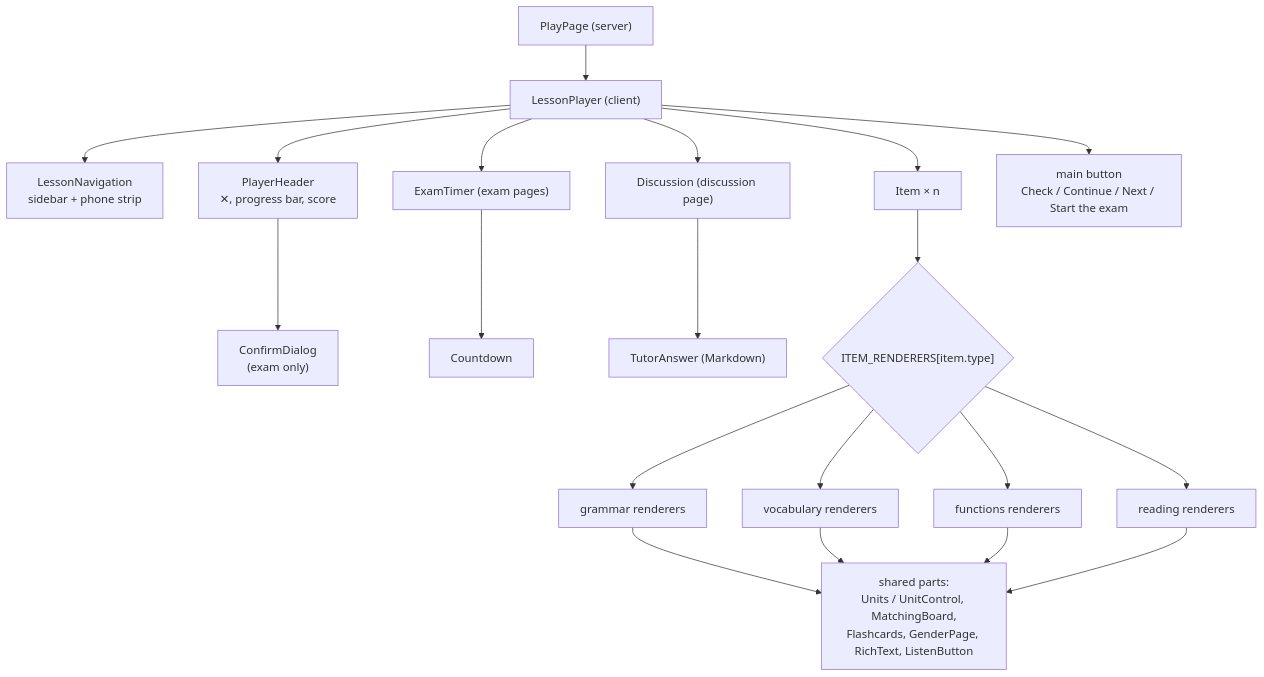
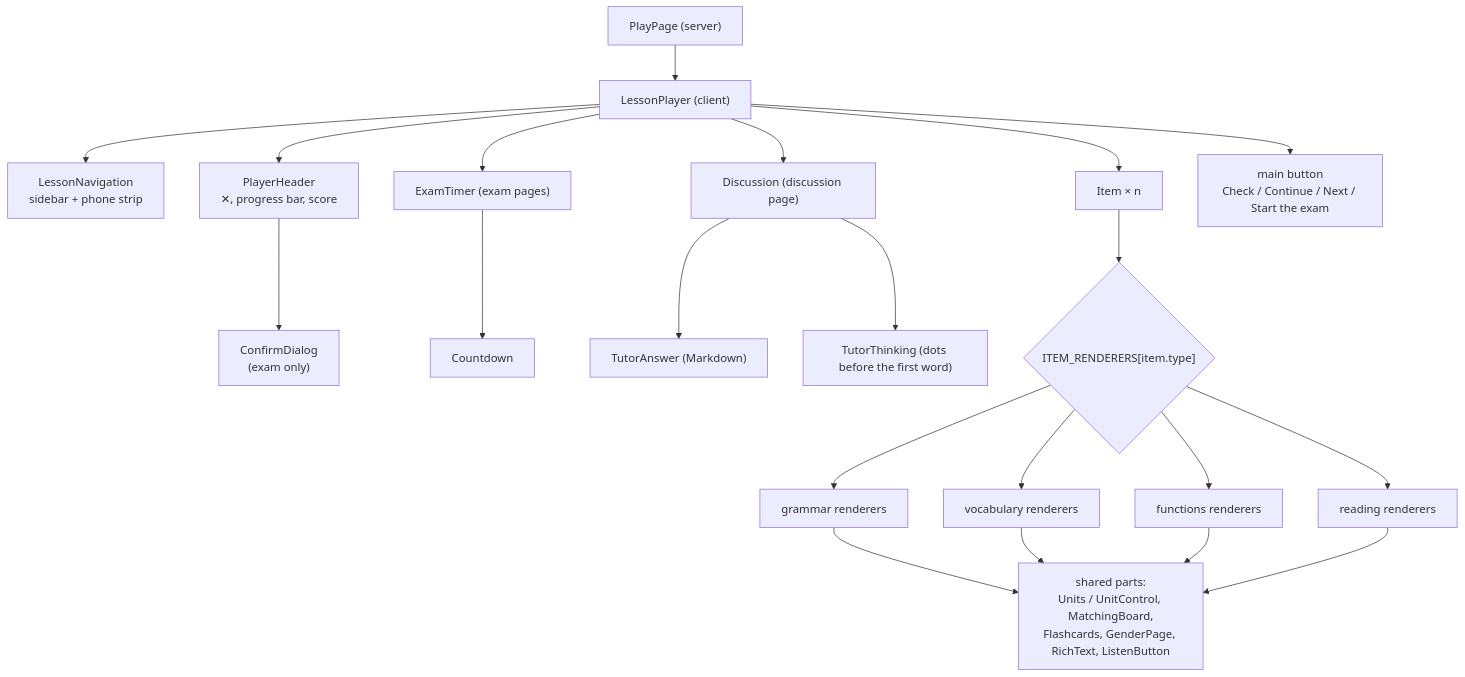
One commit to VictorBro/ft_transcendence changed the second of 4 diagrams in docs/web/07-lesson-player.md. Above: the diagram before and after it, drawn with Mermaid. The commit also changed other lines of this file and 223 other files, not shown here.

````diff
--- a/docs/web/07-lesson-player.md
+++ b/docs/web/07-lesson-player.md
@@ -446,19 +446,20 @@
 ```mermaid
 flowchart TD
   PP["PlayPage (server)"] --> LP["LessonPlayer (client)"]
   LP --> NAV["LessonNavigation<br/>sidebar + phone strip"]
   LP --> PH["PlayerHeader<br/>✕, progress bar, score"]
   PH --> CD1["ConfirmDialog<br/>(exam only)"]
   LP --> ET["ExamTimer (exam pages)"]
   ET --> CNT["Countdown"]
   LP --> DIS["Discussion (discussion page)"]
   DIS --> TA["TutorAnswer (Markdown)"]
+  DIS --> TT["TutorThinking (dots before the first word)"]
   LP --> IT["Item × n"]
   IT --> REG{"ITEM_RENDERERS[item.type]"}
   REG --> GR["grammar renderers"]
   REG --> VO["vocabulary renderers"]
   REG --> FU["functions renderers"]
   REG --> RE["reading renderers"]
   GR & VO & FU & RE --> PARTS["shared parts:<br/>Units / UnitControl, MatchingBoard,<br/>Flashcards, GenderPage, RichText, ListenButton"]
   LP --> BTN["main button<br/>Check / Continue / Next / Start the exam"]
 ```
````
